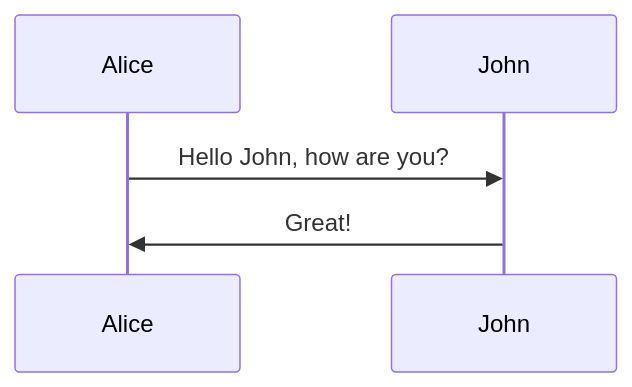
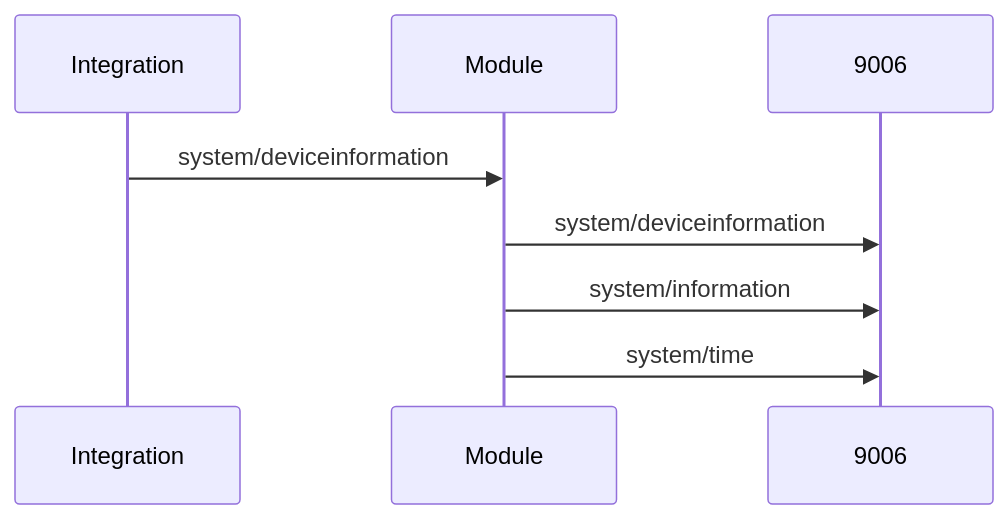
One commit to RogerSelwyn/test-mermaid changed the diagram in flowchart/README.md. Above: the diagram before and after it, drawn with Mermaid. The commit also changed other lines of this file, not shown here.

````diff
--- a/flowchart/README.md
+++ b/flowchart/README.md
@@ -1,7 +3,10 @@
 ```mermaid
 sequenceDiagram
-participant A as Alice
-participant J as John
-A->>J: Hello John, how are you?
-J->>A: Great!
+participant I as Integration
+participant M as Module
+participant J as 9006
+I->>M: system/deviceinformation
+M->>J: system/deviceinformation
+M->>J: system/information
+M->>J: system/time
 ```
````
